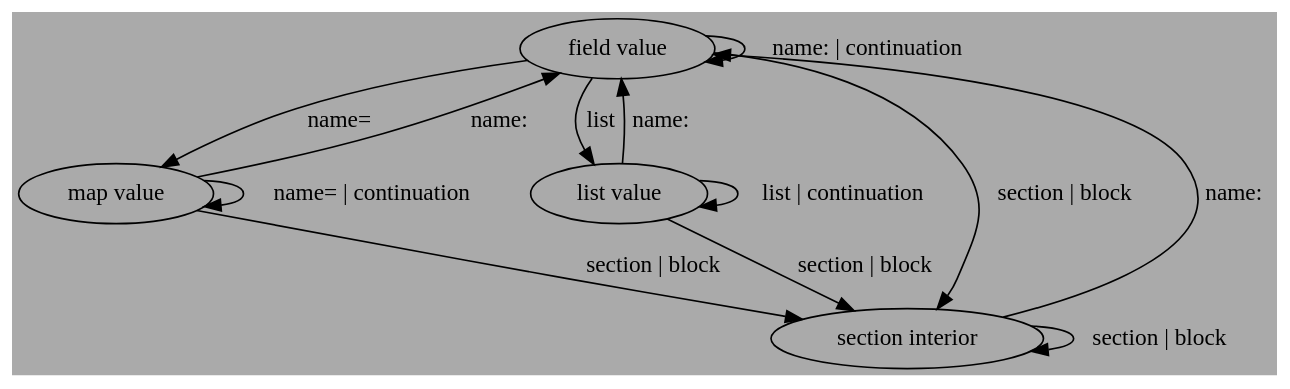
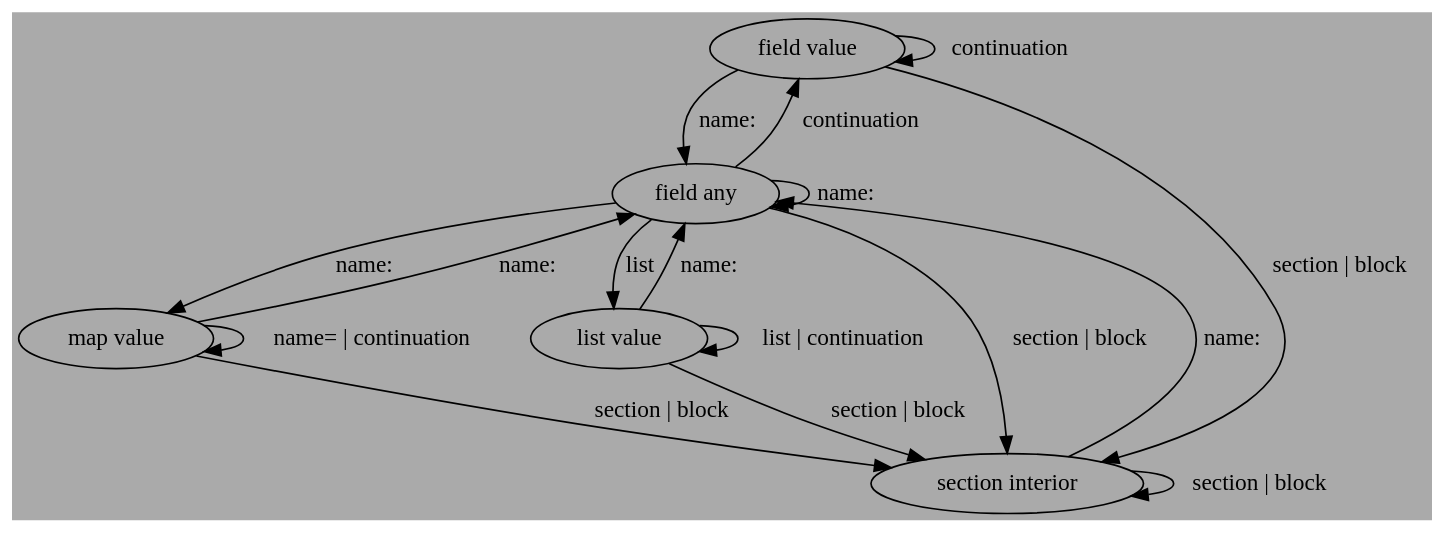
One commit to Nzen/Enohar changed the diagram in usr/parser.dot. Above: the diagram before and after it, drawn with Graphviz.

Commit message:
Parser state diagram distinguishes field_value from field_any
Field_any represents either the "empty" field, a copied field,
or a temporary phase that switches to field_value when it
encounters more text on the same line. The previous conception
didn't distinguish enough for cases where the field started with
some text, but was before an (errant) map, which isn't valid.

```diff
--- a/usr/parser.dot
+++ b/usr/parser.dot
@@ -1,22 +1,27 @@
 
 digraph eno_parse_stages
 {
 	bgcolor = "#AAAAAA"
 	field_value [ label = "field value" ];
+	field_any [ label = "field any" ];
 	map_value [ label = "map value" ];
 	list_value [ label = "list value" ];
 	section_interior [ label = "section interior" ];
 
 	section_interior -> section_interior [ label = "section | block" ];
-	section_interior -> field_value [ label = "name:" ];
-	field_value -> field_value [ label = "name: | continuation" ];
+	section_interior -> field_any [ label = "name:" ];
+	field_any -> field_any [ label = "name:" ];
+	field_any -> field_value [ label = "continuation" ];
+	field_any -> map_value [ label = "name:" ];
+	field_any -> list_value [ label = "list" ];
+	field_any -> section_interior [ label = "section | block" ];
+	field_value -> field_value [ label = "continuation" ];
 	field_value -> section_interior [ label = "section | block" ];
-	field_value -> map_value [ label = "name=" ];
-	field_value -> list_value [ label = "list " ];
-	map_value -> field_value [ label = "name:" ];
+	field_value -> field_any [ label = "name:" ];
+	map_value -> field_any [ label = "name:" ];
 	map_value -> section_interior [ label = "section | block" ];
 	map_value -> map_value [ label = "name= | continuation" ];
-	list_value -> field_value [ label = "name:" ];
+	list_value -> field_any [ label = "name:" ];
 	list_value -> section_interior [ label = "section | block" ];
 	list_value -> list_value [ label = "list | continuation" ];
 }
```
